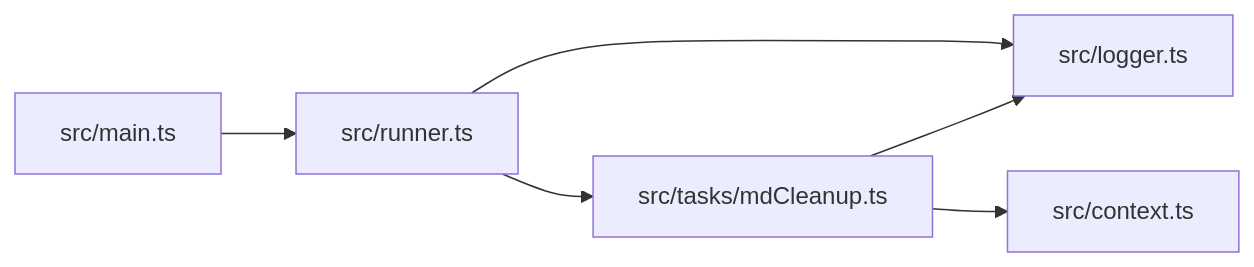
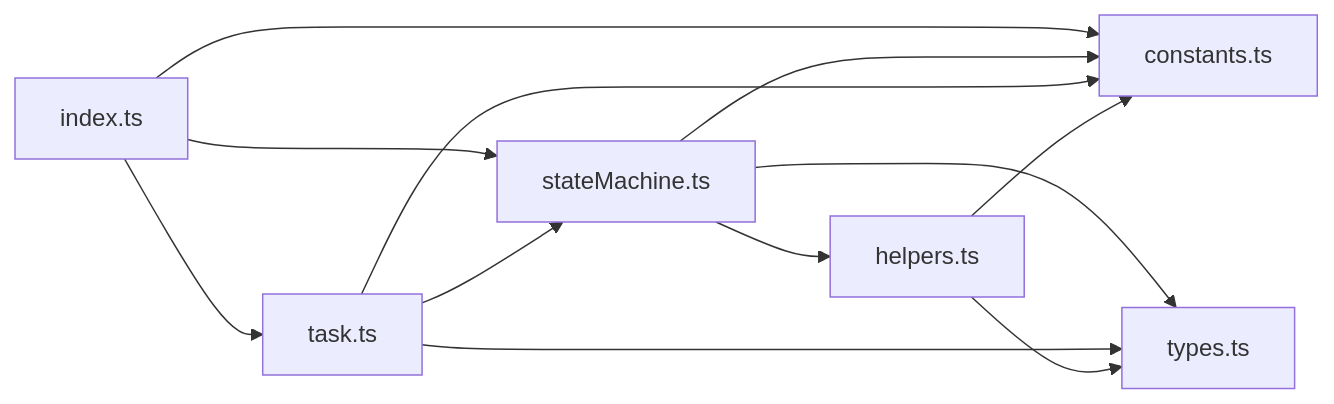
One commit to hllshiro/doc2md-cli changed the fourth of 4 diagrams in .qoder/repowiki/zh/content/转换模块详解/Markdown 内容清理模块.md. Above: the diagram before and after it, drawn with Mermaid. The commit also changed other lines of this file and 2 other files, not shown here.

Commit message:
docx(mdCleanup): 更新wiki文档

````diff
--- a/.qoder/repowiki/zh/content/转换模块详解/Markdown 内容清理模块.md
+++ b/.qoder/repowiki/zh/content/转换模块详解/Markdown 内容清理模块.md
@@ -298,13 +336,20 @@
 ```mermaid
 graph LR
-MD["src/tasks/mdCleanup.ts"]
-CTX["src/context.ts"]
-MAIN["src/main.ts"]
-RUN["src/runner.ts"]
-LOG["src/logger.ts"]
-MAIN --> RUN
-RUN --> LOG
-RUN --> MD
-MD --> CTX
-MD --> LOG
+INDEX["index.ts"]
+CONST["constants.ts"]
+HELP["helpers.ts"]
+STATE["stateMachine.ts"]
+TASK["task.ts"]
+TYPES["types.ts"]
+INDEX --> STATE
+INDEX --> TASK
+INDEX --> CONST
+STATE --> CONST
+STATE --> HELP
+STATE --> TYPES
+TASK --> STATE
+TASK --> TYPES
+TASK --> CONST
+HELP --> CONST
+HELP --> TYPES
 ```
````
